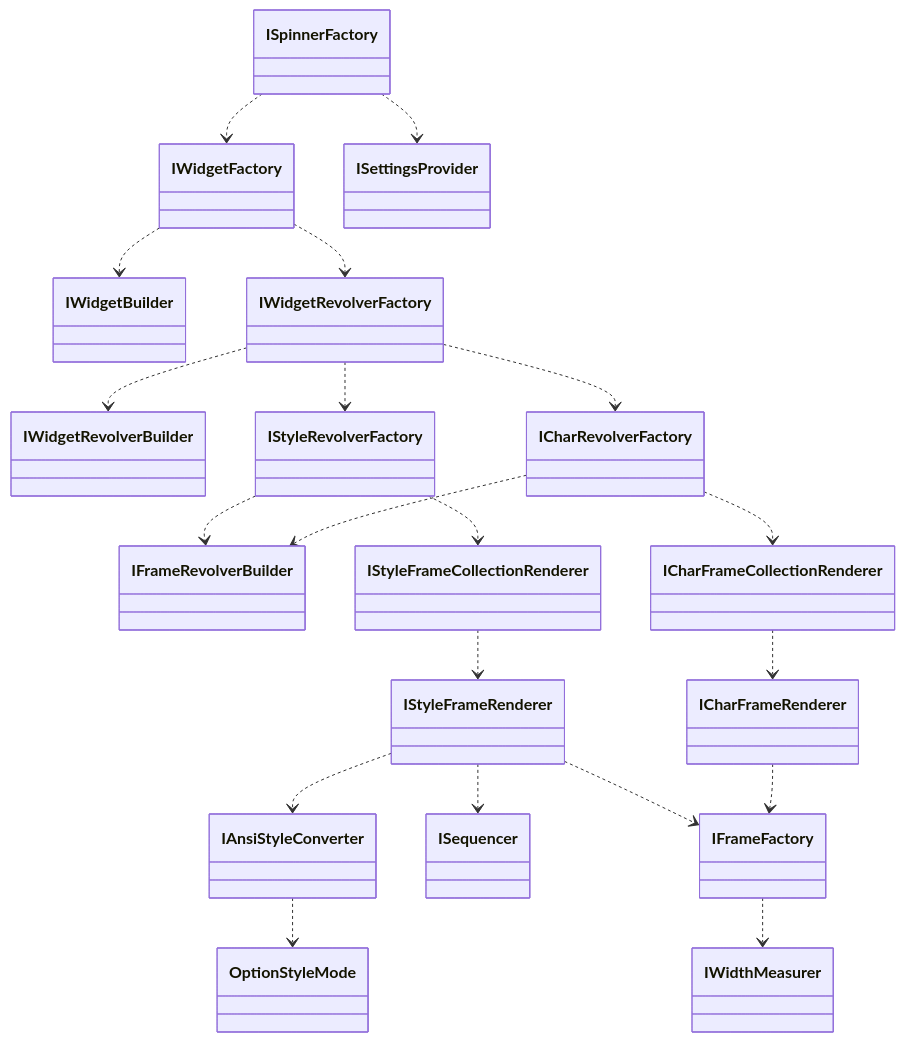
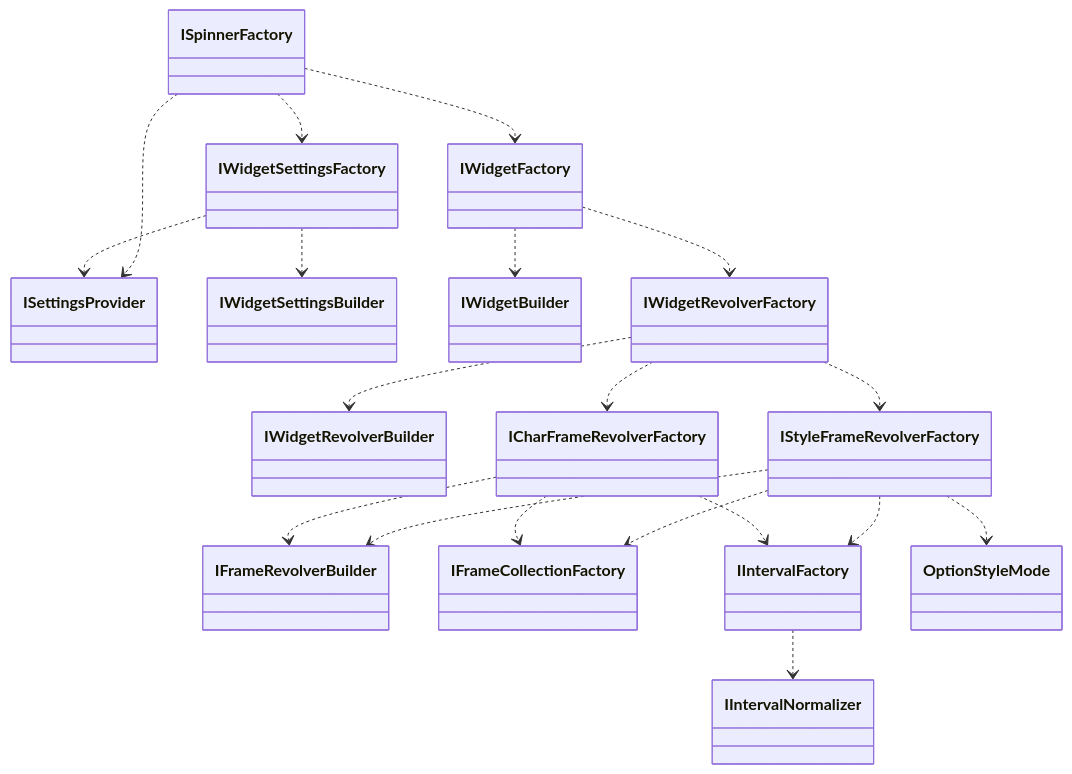
Before and after one commit to alecrabbit/php-console-spinner: the second of 3 diagrams in doc/info/chart/services.md, drawn with Mermaid. The commit also changed 6 other files, not shown here.

````diff
--- a/doc/info/chart/services.md
+++ b/doc/info/chart/services.md
@@ -71,35 +71,31 @@
 ```mermaid
 classDiagram
     direction TB
+    ISpinnerFactory ..> ISettingsProvider
     ISpinnerFactory ..> IWidgetFactory
-    ISpinnerFactory ..> ISettingsProvider
+    ISpinnerFactory ..> IWidgetSettingsFactory
 
+    IWidgetSettingsFactory ..> ISettingsProvider
+    IWidgetSettingsFactory ..> IWidgetSettingsBuilder 
+    
     IWidgetFactory ..> IWidgetBuilder
     IWidgetFactory ..> IWidgetRevolverFactory
 
     IWidgetRevolverFactory ..> IWidgetRevolverBuilder
-    IWidgetRevolverFactory ..> IStyleRevolverFactory
-    IWidgetRevolverFactory ..> ICharRevolverFactory
+    IWidgetRevolverFactory ..> IStyleFrameRevolverFactory
+    IWidgetRevolverFactory ..> ICharFrameRevolverFactory
+    
+    IStyleFrameRevolverFactory ..> IFrameRevolverBuilder
+    IStyleFrameRevolverFactory ..> IFrameCollectionFactory
+    IStyleFrameRevolverFactory ..> IIntervalFactory
+    IStyleFrameRevolverFactory ..> OptionStyleMode
+    
+    ICharFrameRevolverFactory ..> IFrameRevolverBuilder
+    ICharFrameRevolverFactory ..> IFrameCollectionFactory
+    ICharFrameRevolverFactory ..> IIntervalFactory
+    
+    IIntervalFactory ..> IIntervalNormalizer
 
-    IStyleRevolverFactory ..> IFrameRevolverBuilder
-    IStyleRevolverFactory ..> IStyleFrameCollectionRenderer
-
-    ICharRevolverFactory ..> IFrameRevolverBuilder
-    ICharRevolverFactory ..> ICharFrameCollectionRenderer
-
-    IStyleFrameCollectionRenderer ..> IStyleFrameRenderer
-
-    ICharFrameCollectionRenderer ..> ICharFrameRenderer
-
-    IStyleFrameRenderer ..> IAnsiStyleConverter
-    IStyleFrameRenderer ..> ISequencer
-    IStyleFrameRenderer ..> IFrameFactory
-
-    ICharFrameRenderer ..> IFrameFactory
-
-    IAnsiStyleConverter ..> OptionStyleMode
-
-    IFrameFactory ..> IWidthMeasurer
 
 
 ```
````
